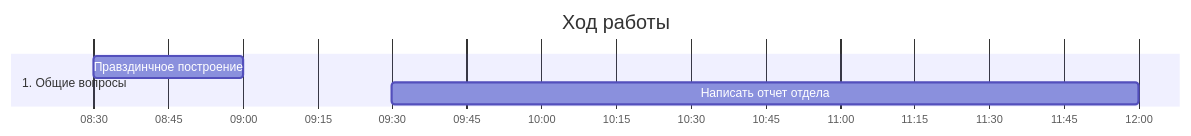
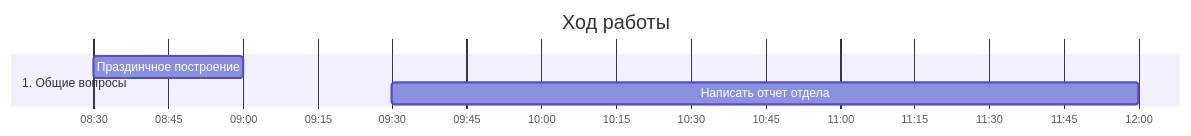
Before and after one commit to Obsidian-pb/ObsidianBlog: the diagram in posts/23-02/22/index.qmd, drawn with Mermaid. The commit also changed 40 other files, not shown here.

````diff
--- a/posts/23-02/22/index.qmd
+++ b/posts/23-02/22/index.qmd
@@ -17,12 +17,12 @@
 ```{mermaid}
 gantt
     title Ход работы
     dateFormat HH:mm
     axisFormat %H:%M
 
    
     section 1. Общие вопросы
-    Правздинчное построение                                 :a1, 08:30, 30m
+    Праздинчное построение                                 :a1, 08:30, 30m
     Написать отчет отдела                                   :a2, 09:30, 12:00
     
 ```
````
